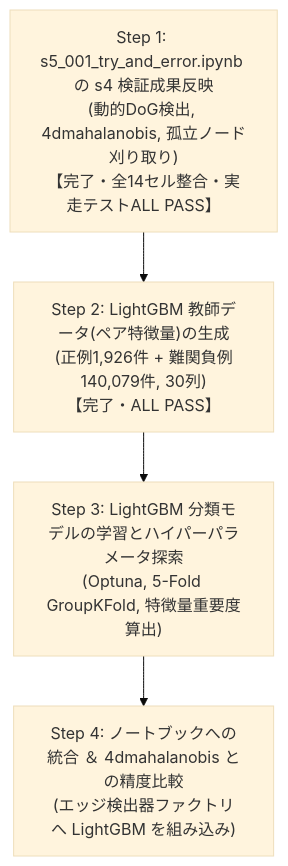
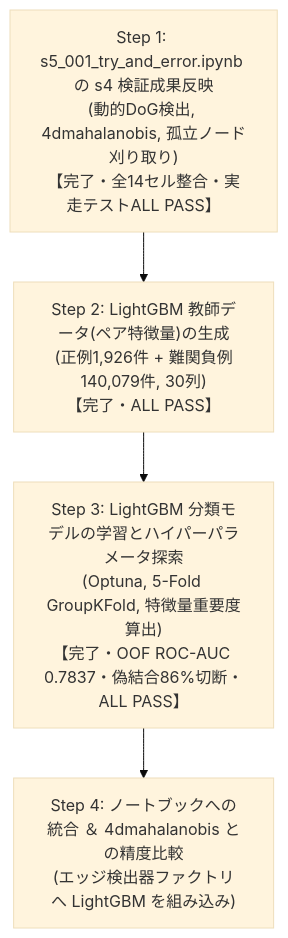
The first of 2 diagrams in s5_summary/s5_001_summary.md (kito2718/kaggle_Biohub-Cell_Tracking_During_Development), drawn with Mermaid (base theme) before and after one commit. The commit also changed other lines of this file and 7 other files, not shown here.

````diff
--- a/s5_summary/s5_001_summary.md
+++ b/s5_summary/s5_001_summary.md
@@ -150,11 +150,11 @@
 ```mermaid
 graph TD
     Step1["Step 1: s5_001_try_and_error.ipynb の s4 検証成果反映<br/>(動的DoG検出, 4dmahalanobis, 孤立ノード刈り取り)<br/>【完了・全14セル整合・実走テストALL PASS】"]
     Step2["Step 2: LightGBM 教師データ(ペア特徴量)の生成<br/>(正例1,926件 + 難関負例140,079件, 30列)<br/>【完了・ALL PASS】"]
-    Step3["Step 3: LightGBM 分類モデルの学習とハイパーパラメータ探索<br/>(Optuna, 5-Fold GroupKFold, 特徴量重要度算出)"]
+    Step3["Step 3: LightGBM 分類モデルの学習とハイパーパラメータ探索<br/>(Optuna, 5-Fold GroupKFold, 特徴量重要度算出)<br/>【完了・OOF ROC-AUC 0.7837・偽結合86%切断・ALL PASS】"]
     Step4["Step 4: ノートブックへの統合 ＆ 4dmahalanobis との精度比較<br/>(エッジ検出器ファクトリへ LightGBM を組み込み)"]
 
     Step1 --> Step2
     Step2 --> Step3
     Step3 --> Step4
 ```
````
